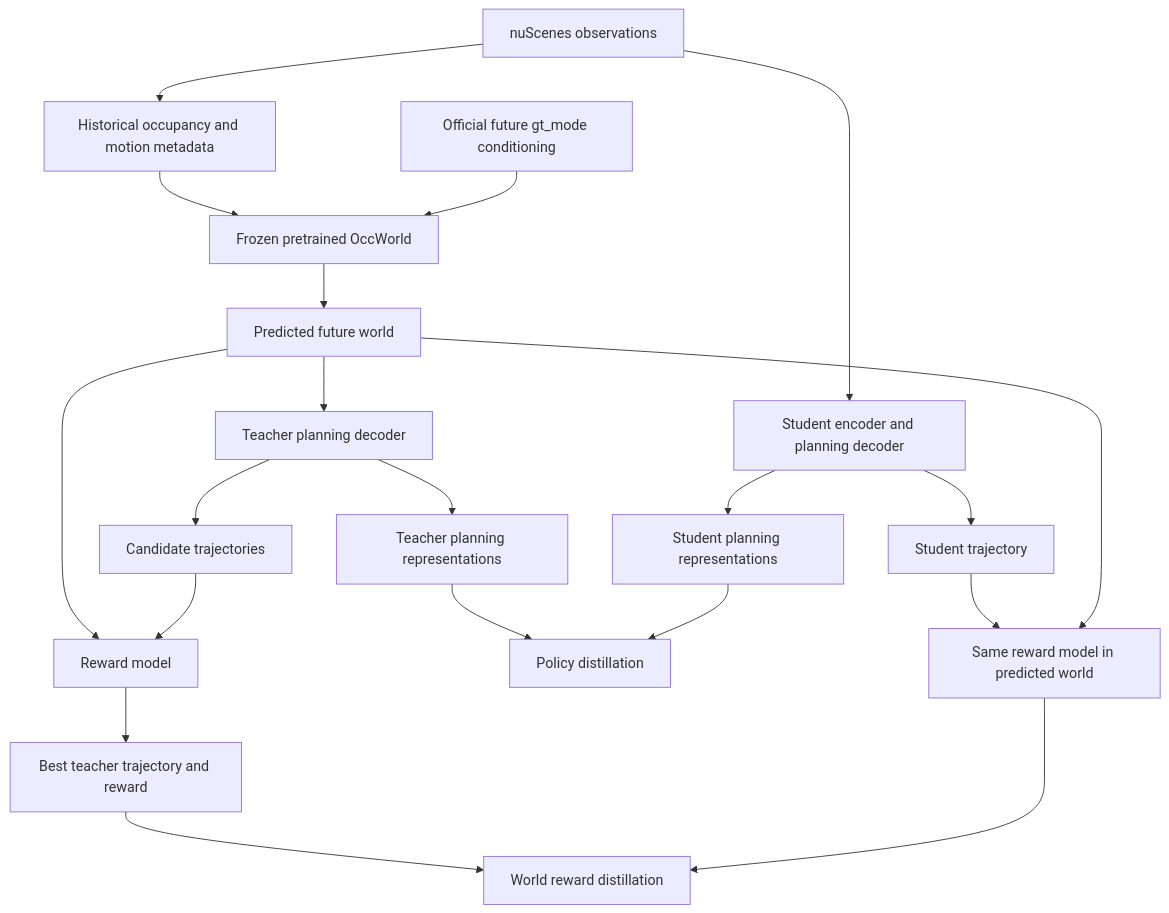
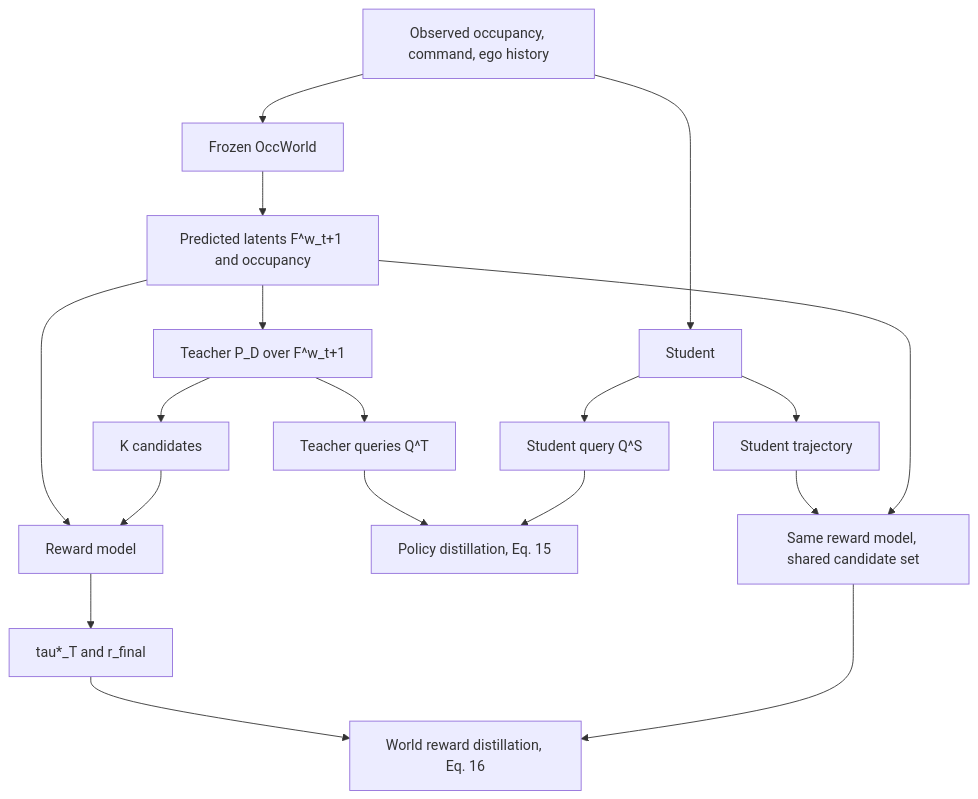
Before and after one commit to MunazaAshraf10/world-to-policy-distillation: the diagram in docs/paper_mapping.md, drawn with Mermaid. The commit also changed other lines of this file and 67 other files, not shown here.

````diff
--- a/docs/paper_mapping.md
+++ b/docs/paper_mapping.md
@@ -21,22 +25,20 @@
 ```mermaid
 flowchart TD
-    O[nuScenes observations] --> H[Historical occupancy and motion metadata]
-    H --> W[Frozen pretrained OccWorld]
-    C[Official future gt_mode conditioning] --> W
-    W --> F[Predicted future world]
-    F --> T[Teacher planning decoder]
-    T --> Q[Teacher planning representations]
-    T --> K[Candidate trajectories]
+    O[Observed occupancy, command, ego history] --> W[Frozen OccWorld]
+    W --> F[Predicted latents F^w_t+1 and occupancy]
+    F --> T[Teacher P_D over F^w_t+1]
+    T --> Q[Teacher queries Q^T]
+    T --> K[K candidates]
     F --> R[Reward model]
     K --> R
-    R --> B[Best teacher trajectory and reward]
-    O --> S[Student encoder and planning decoder]
-    S --> SQ[Student planning representations]
-    Q --> PD[Policy distillation]
+    R --> B[tau*_T and r_final]
+    O --> S[Student]
+    S --> SQ[Student query Q^S]
+    S --> ST[Student trajectory]
+    Q --> PD[Policy distillation, Eq. 15]
     SQ --> PD
-    S --> ST[Student trajectory]
-    ST --> SR[Same reward model in predicted world]
-    F --> SR
-    B --> RD[World reward distillation]
-    SR --> RD
+    ST --> R2[Same reward model, shared candidate set]
+    F --> R2
+    B --> RD[World reward distillation, Eq. 16]
+    R2 --> RD
 ```
````
